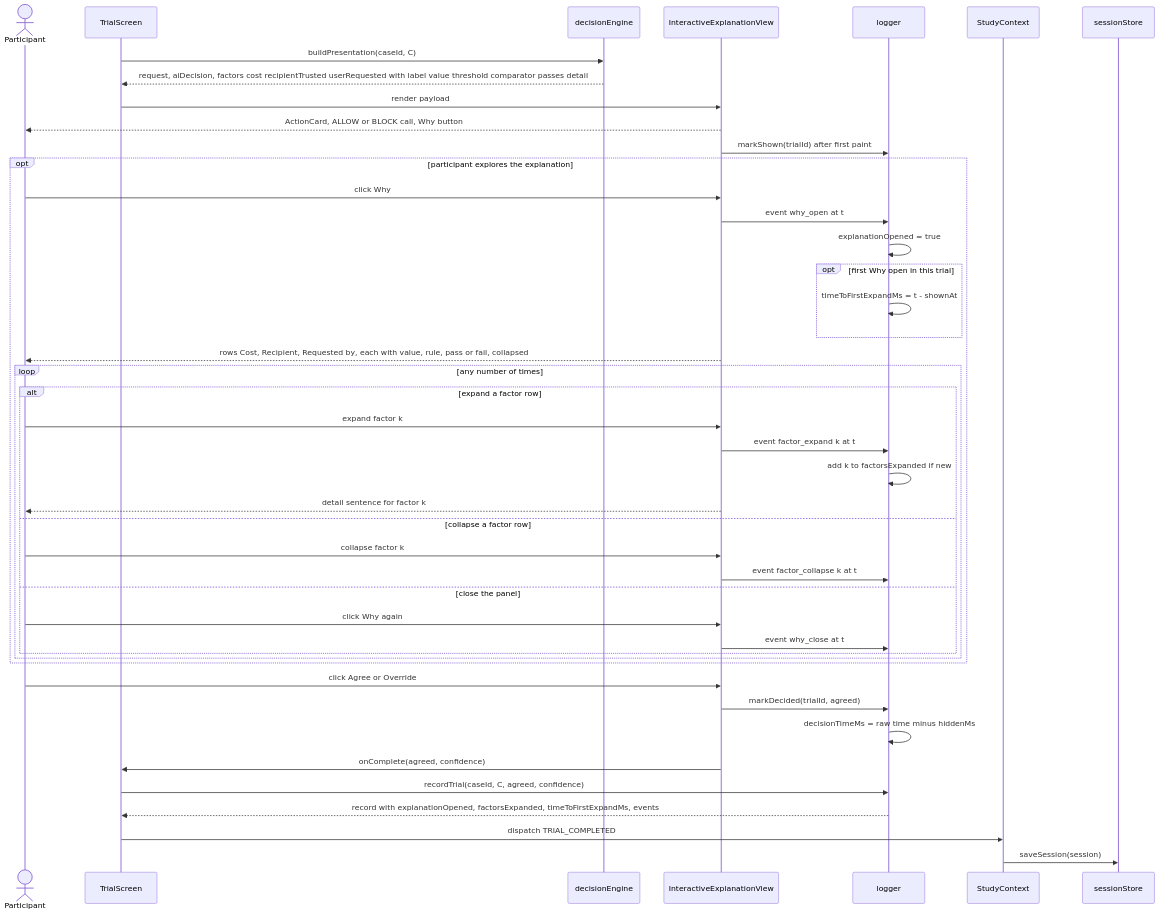
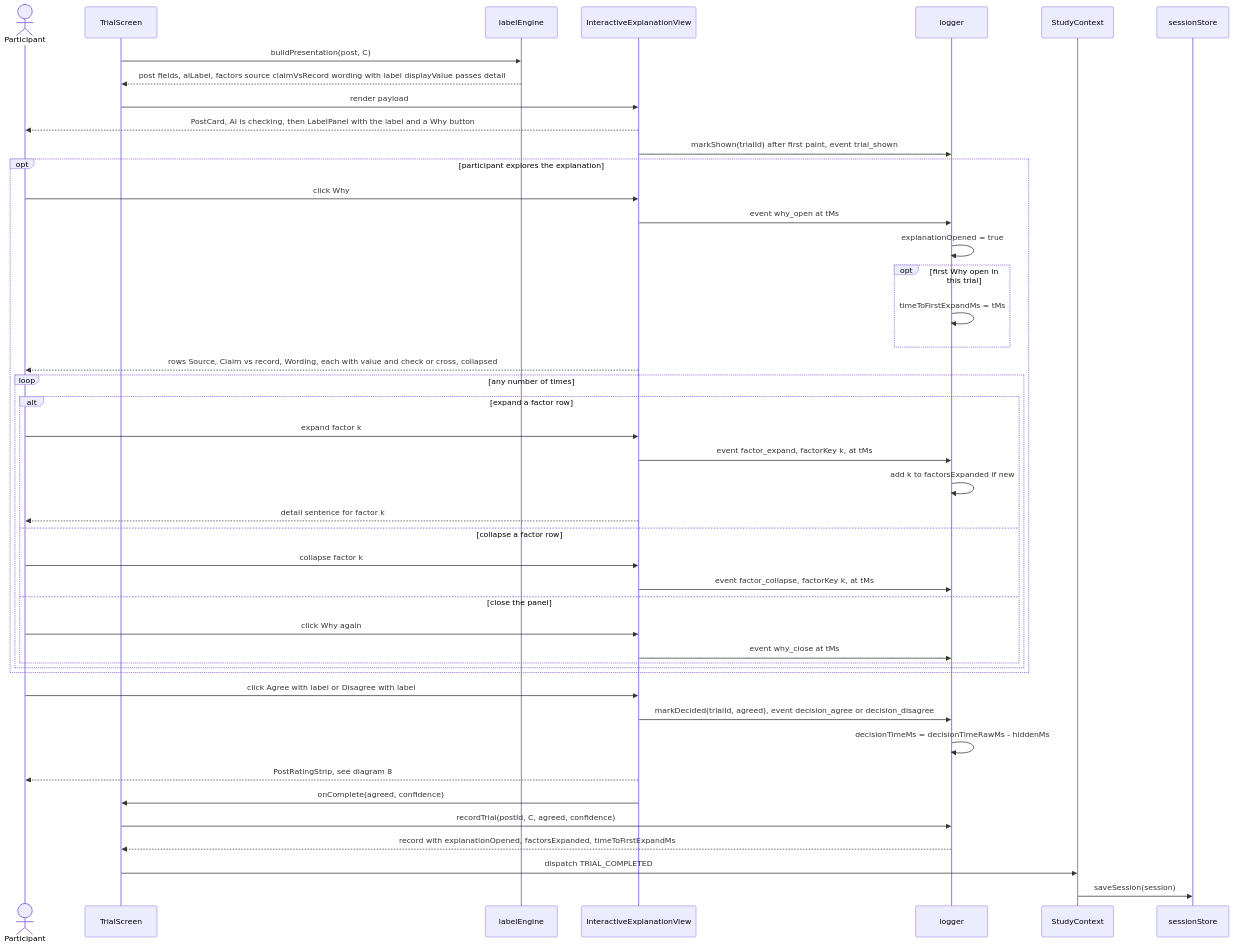
The fourth of 11 diagrams in docs/sequence-diagrams.md (bibekgupta3333/HCI), drawn with Mermaid before and after one commit. The commit also changed other lines of this file and 27 other files, not shown here.

````diff
--- a/docs/sequence-diagrams.md
+++ b/docs/sequence-diagrams.md
@@ -180,47 +183,48 @@
 ```mermaid
 sequenceDiagram
     actor P as Participant
     participant Trial as TrialScreen
-    participant DE as decisionEngine
+    participant LE as labelEngine
     participant View as InteractiveExplanationView
     participant Log as logger
     participant SC as StudyContext
     participant SS as sessionStore
 
-    Trial->>DE: buildPresentation(caseId, C)
-    DE-->>Trial: request, aiDecision, factors cost recipientTrusted userRequested with label value threshold comparator passes detail
+    Trial->>LE: buildPresentation(post, C)
+    LE-->>Trial: post fields, aiLabel, factors source claimVsRecord wording with label displayValue passes detail
     Trial->>View: render payload
-    View-->>P: ActionCard, ALLOW or BLOCK call, Why button
-    View->>Log: markShown(trialId) after first paint
+    View-->>P: PostCard, AI is checking, then LabelPanel with the label and a Why button
+    View->>Log: markShown(trialId) after first paint, event trial_shown
     opt participant explores the explanation
         P->>View: click Why
-        View->>Log: event why_open at t
+        View->>Log: event why_open at tMs
         Log->>Log: explanationOpened = true
         opt first Why open in this trial
-            Log->>Log: timeToFirstExpandMs = t - shownAt
+            Log->>Log: timeToFirstExpandMs = tMs
         end
-        View-->>P: rows Cost, Recipient, Requested by, each with value, rule, pass or fail, collapsed
+        View-->>P: rows Source, Claim vs record, Wording, each with value and check or cross, collapsed
         loop any number of times
             alt expand a factor row
                 P->>View: expand factor k
-                View->>Log: event factor_expand k at t
+                View->>Log: event factor_expand, factorKey k, at tMs
                 Log->>Log: add k to factorsExpanded if new
                 View-->>P: detail sentence for factor k
             else collapse a factor row
                 P->>View: collapse factor k
-                View->>Log: event factor_collapse k at t
+                View->>Log: event factor_collapse, factorKey k, at tMs
             else close the panel
                 P->>View: click Why again
-                View->>Log: event why_close at t
+                View->>Log: event why_close at tMs
             end
         end
     end
-    P->>View: click Agree or Override
-    View->>Log: markDecided(trialId, agreed)
-    Log->>Log: decisionTimeMs = raw time minus hiddenMs
+    P->>View: click Agree with label or Disagree with label
+    View->>Log: markDecided(trialId, agreed), event decision_agree or decision_disagree
+    Log->>Log: decisionTimeMs = decisionTimeRawMs - hiddenMs
+    View-->>P: PostRatingStrip, see diagram 8
     View->>Trial: onComplete(agreed, confidence)
-    Trial->>Log: recordTrial(caseId, C, agreed, confidence)
-    Log-->>Trial: record with explanationOpened, factorsExpanded, timeToFirstExpandMs, events
+    Trial->>Log: recordTrial(postId, C, agreed, confidence)
+    Log-->>Trial: record with explanationOpened, factorsExpanded, timeToFirstExpandMs
     Trial->>SC: dispatch TRIAL_COMPLETED
     SC->>SS: saveSession(session)
 ```
````
